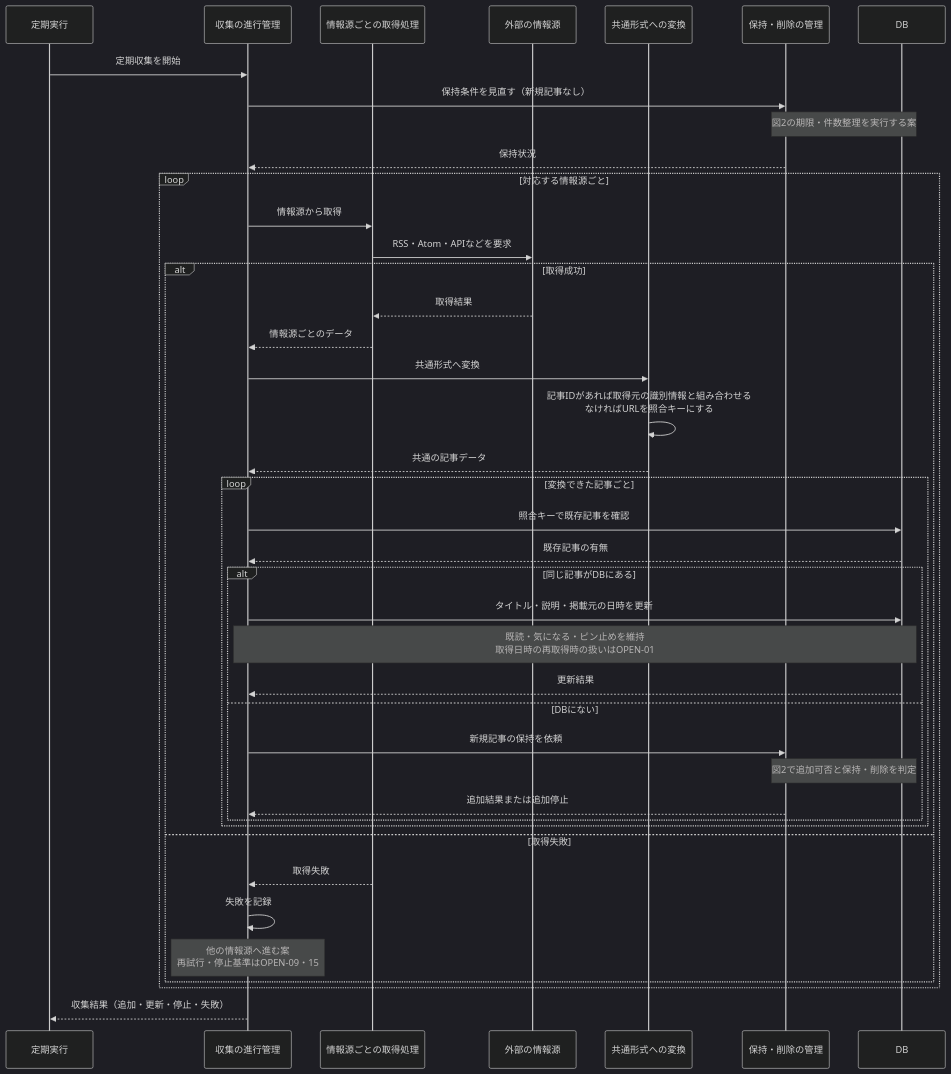
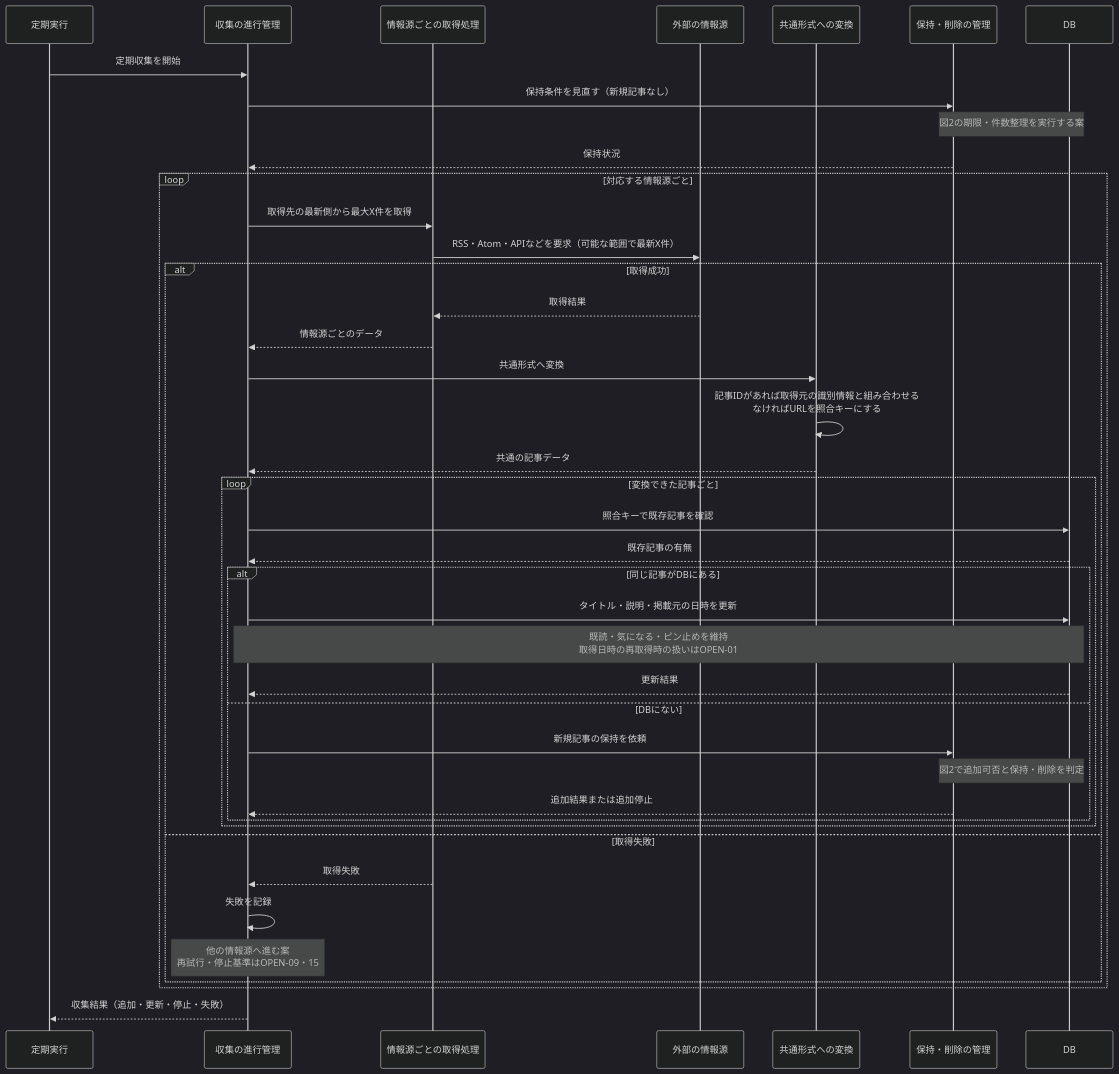
One commit to BeppuKanato/it-discovery changed the first of 2 diagrams in docs/sequences-server.md. Above: the diagram before and after it, drawn with Mermaid (dark theme). The commit also changed other lines of this file and 5 other files, not shown here.

Commit message:
docs: add class diagrams and align startup sync and collection rules

````diff
--- a/docs/sequences-server.md
+++ b/docs/sequences-server.md
@@ -29,48 +29,48 @@
 ```mermaid
 sequenceDiagram
     participant Timer as 定期実行
     participant Collect as 収集の進行管理
     participant Fetch as 情報源ごとの取得処理
     participant Source as 外部の情報源
     participant Normalize as 共通形式への変換
     participant Keep as 保持・削除の管理
     participant DB as DB
 
     Timer->>Collect: 定期収集を開始
     Collect->>Keep: 保持条件を見直す（新規記事なし）
     Note over Keep,DB: 図2の期限・件数整理を実行する案
     Keep-->>Collect: 保持状況
 
     loop 対応する情報源ごと
-        Collect->>Fetch: 情報源から取得
-        Fetch->>Source: RSS・Atom・APIなどを要求
+        Collect->>Fetch: 取得先の最新側から最大X件を取得
+        Fetch->>Source: RSS・Atom・APIなどを要求（可能な範囲で最新X件）
         alt 取得成功
             Source-->>Fetch: 取得結果
             Fetch-->>Collect: 情報源ごとのデータ
             Collect->>Normalize: 共通形式へ変換
             Normalize->>Normalize: 記事IDがあれば取得元の識別情報と組み合わせる<br/>なければURLを照合キーにする
             Normalize-->>Collect: 共通の記事データ
 
             loop 変換できた記事ごと
                 Collect->>DB: 照合キーで既存記事を確認
                 DB-->>Collect: 既存記事の有無
 
                 alt 同じ記事がDBにある
                     Collect->>DB: タイトル・説明・掲載元の日時を更新
                     Note over Collect,DB: 既読・気になる・ピン止めを維持<br/>取得日時の再取得時の扱いはOPEN-01
                     DB-->>Collect: 更新結果
                 else DBにない
                     Collect->>Keep: 新規記事の保持を依頼
                     Note over Keep,DB: 図2で追加可否と保持・削除を判定
                     Keep-->>Collect: 追加結果または追加停止
                 end
             end
 
         else 取得失敗
             Fetch-->>Collect: 取得失敗
             Collect->>Collect: 失敗を記録
             Note over Collect: 他の情報源へ進む案<br/>再試行・停止基準はOPEN-09・15
         end
     end
     Collect-->>Timer: 収集結果（追加・更新・停止・失敗）
 ```
````
